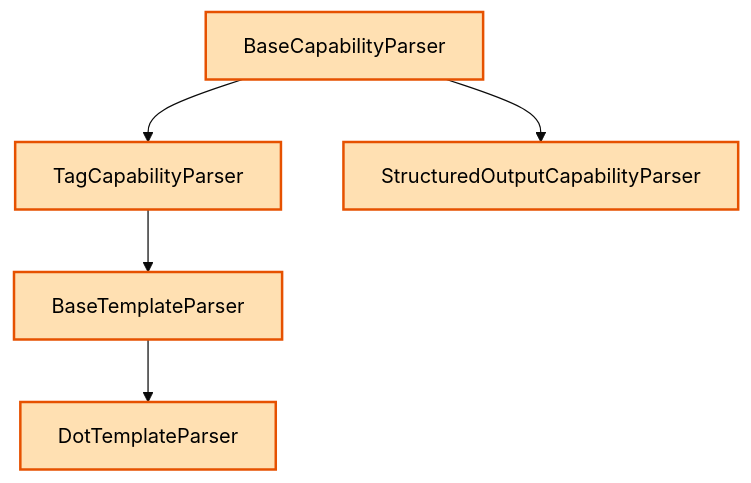
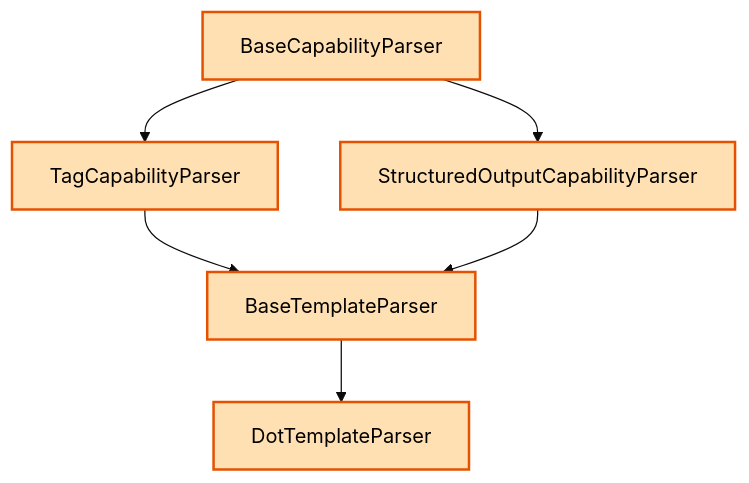
One commit to liamzdenek/ferment-ai changed the fourth of 8 diagrams in README.md. Above: the diagram before and after it, drawn with Mermaid (base theme). The commit also changed other lines of this file, not shown here.

````diff
--- a/README.md
+++ b/README.md
@@ -162,15 +163,16 @@
 ```mermaid
 flowchart TB
     classDef parserClass fill:#ffe0b2,stroke:#e65100,stroke-width:2px,color:#000000
     
     BaseCapabilityParser[BaseCapabilityParser]
     BaseCapabilityParser --> TagCapabilityParser[TagCapabilityParser]
     BaseCapabilityParser --> StructuredOutputCapabilityParser[StructuredOutputCapabilityParser]
     
     BaseTemplateParser[BaseTemplateParser]
     BaseTemplateParser --> DotTemplateParser[DotTemplateParser]
     
     TagCapabilityParser --> BaseTemplateParser
+    StructuredOutputCapabilityParser --> BaseTemplateParser
     
     class BaseCapabilityParser,TagCapabilityParser,StructuredOutputCapabilityParser,BaseTemplateParser,DotTemplateParser parserClass
 ```
````
